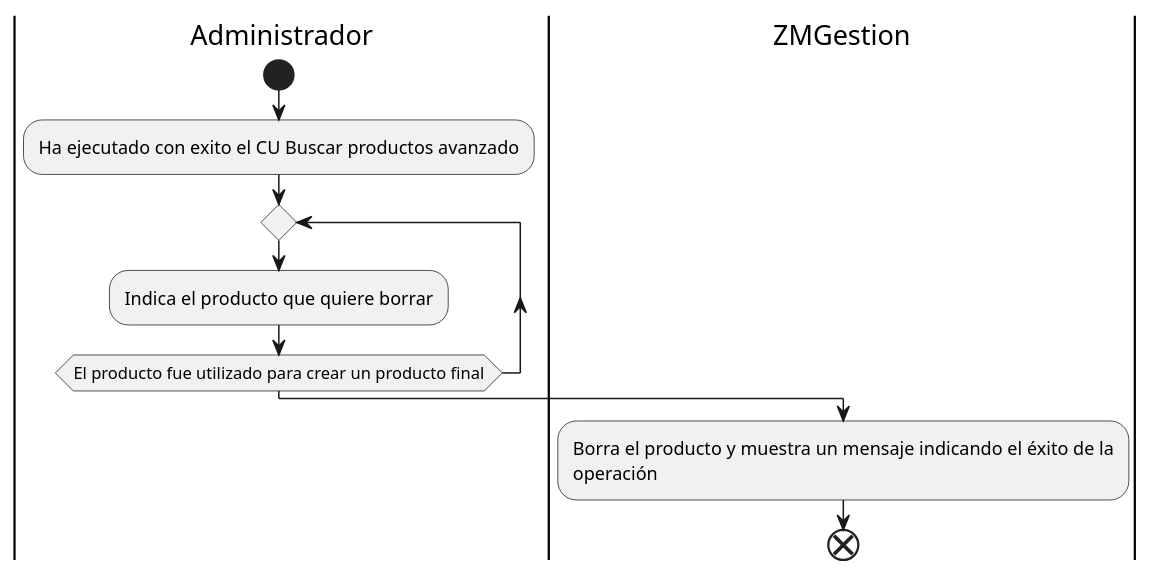
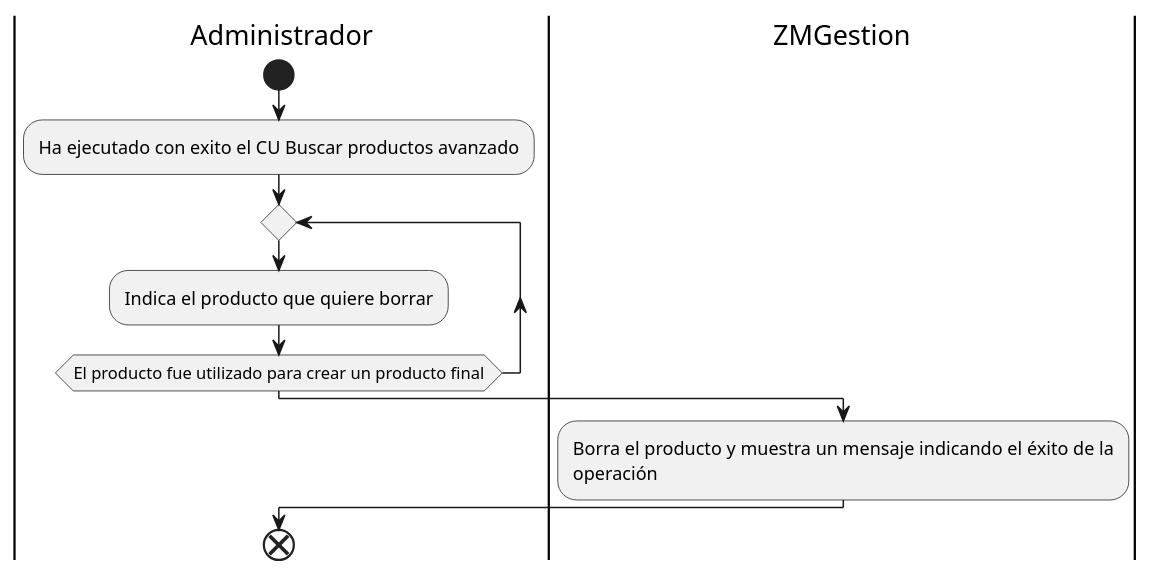
The diagram in Informe Final/DiagramasActividad/borrarProducto.puml (ZMGestion/DocumentacionZMGestion), drawn with PlantUML before and after one commit. The commit also changed 32 other files, not shown here.

Commit message:
Cambios en DiagramasActividad

```diff
--- a/Informe Final/DiagramasActividad/borrarProducto.puml
+++ b/Informe Final/DiagramasActividad/borrarProducto.puml
@@ -1,12 +1,13 @@
 @startuml borrarProducto
 |Administrador|
 start
 :Ha ejecutado con exito el CU Buscar productos avanzado;
 repeat
 :Indica el producto que quiere borrar;
 repeat while(El producto fue utilizado para crear un producto final)
 |ZMGestion|
 :Borra el producto y muestra un mensaje indicando el éxito de la 
 operación;
+|Administrador|
 end
 @enduml
```
